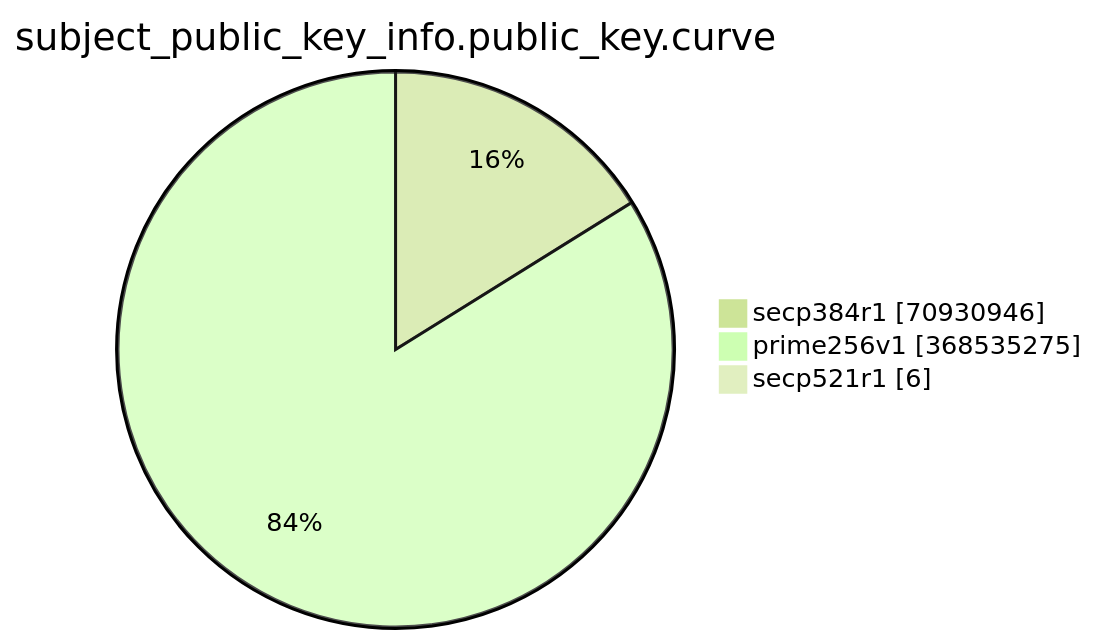
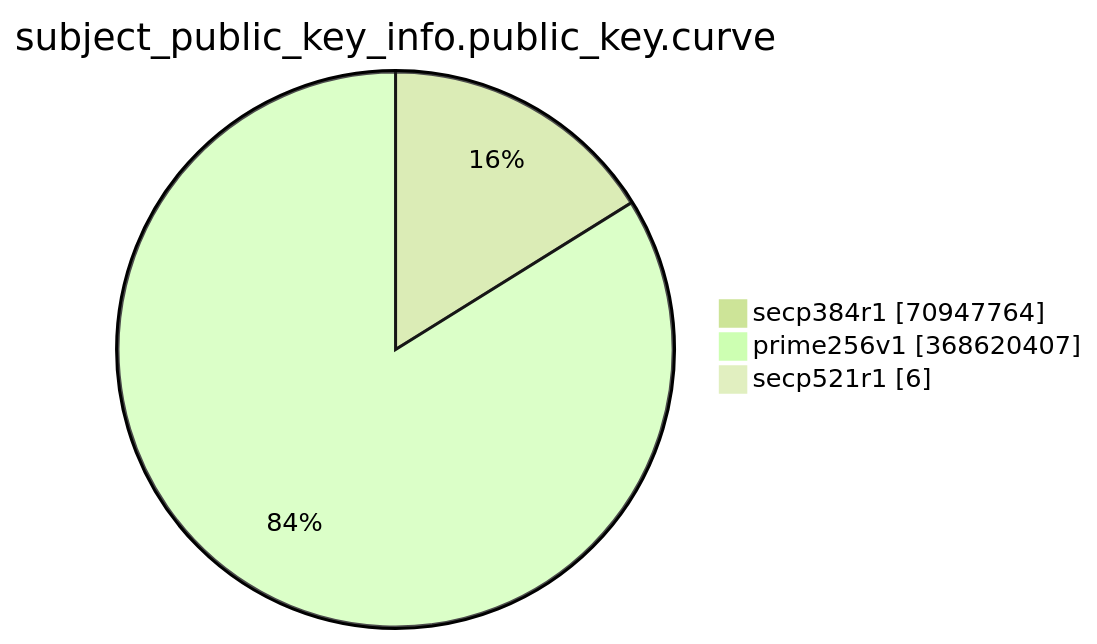
The eighth of 15 diagrams in TOTAL/README.md (christiankrug/ctmonitor_visualization), drawn with Mermaid (forest theme) before and after one commit. The commit also changed other lines of this file, not shown here.

````diff
--- a/TOTAL/README.md
+++ b/TOTAL/README.md
@@ -3094,7 +3094,7 @@
 ```mermaid
 pie showData
 title subject_public_key_info.public_key.curve
-"secp384r1" :70930946
-"prime256v1" :368535275
+"secp384r1" :70947764
+"prime256v1" :368620407
 "secp521r1" :6
 ```
````
